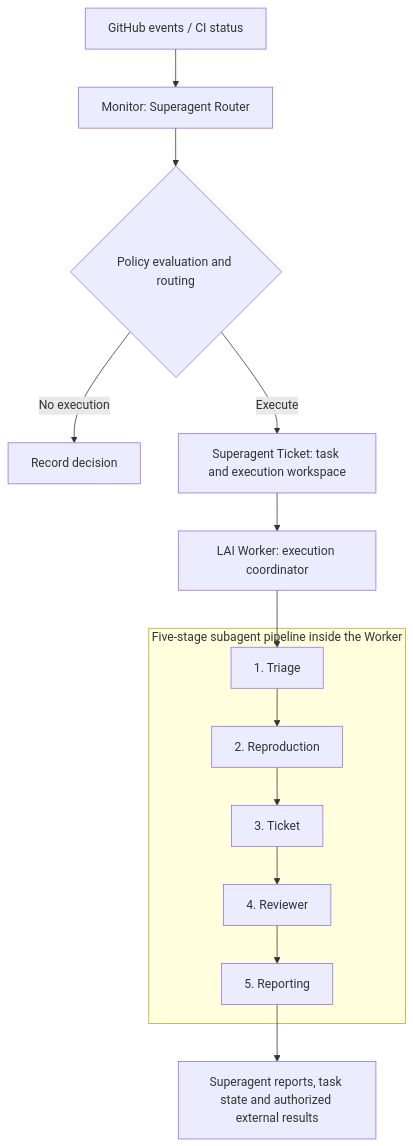
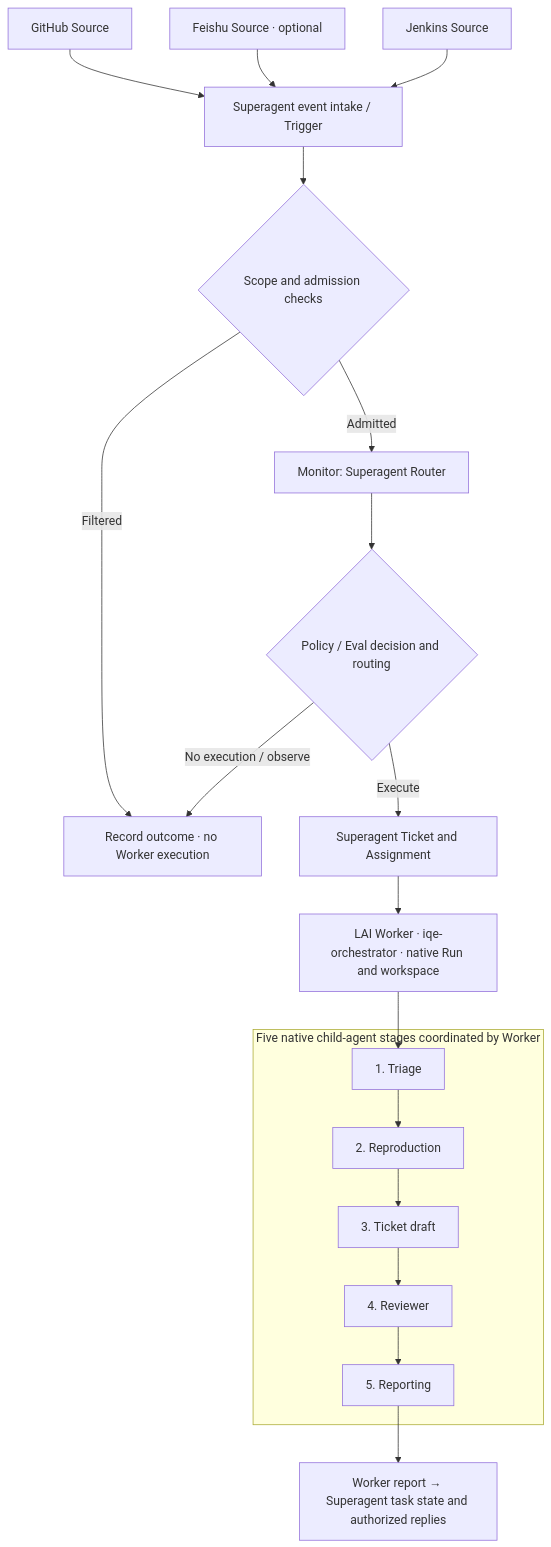
The diagram in README.md (devsuperjin/LAI-Trial), drawn with Mermaid before and after one commit. The commit also changed other lines of this file and 3 other files, not shown here.

Commit message:
docs: align README and design architecture diagrams

````diff
--- a/README.md
+++ b/README.md
@@ -20,16 +20,21 @@
 ```mermaid
 flowchart TD
-    Input["GitHub events / CI status"] --> Router["Monitor: Superagent Router"]
-    Router --> Decision{"Policy evaluation and routing"}
-    Decision -->|No execution| Record["Record decision"]
-    Decision -->|Execute| Task["Superagent Ticket: task and execution workspace"]
-    Task --> Worker["LAI Worker: execution coordinator"]
-    subgraph Pipeline["Five-stage subagent pipeline inside the Worker"]
+    GH["GitHub Source"] --> Intake["Superagent event intake / Trigger"]
+    FS["Feishu Source · optional"] --> Intake
+    JK["Jenkins Source"] --> Intake
+    Intake --> Gate{"Scope and admission checks"}
+    Gate -->|Filtered| Record["Record outcome · no Worker execution"]
+    Gate -->|Admitted| Router["Monitor: Superagent Router"]
+    Router --> Decision{"Policy / Eval decision and routing"}
+    Decision -->|No execution / observe| Record
+    Decision -->|Execute| Task["Superagent Ticket and Assignment"]
+    Task --> Worker["LAI Worker · iqe-orchestrator · native Run and workspace"]
+    subgraph Pipeline["Five native child-agent stages coordinated by Worker"]
         Triage["1. Triage"] --> Reproduce["2. Reproduction"]
-        Reproduce --> Ticket["3. Ticket"]
+        Reproduce --> Ticket["3. Ticket draft"]
         Ticket --> Review["4. Reviewer"]
         Review --> Reporter["5. Reporting"]
     end
     Worker --> Triage
-    Reporter --> Result["Superagent reports, task state and authorized external results"]
+    Reporter --> Result["Worker report → Superagent task state and authorized replies"]
 ```
````
